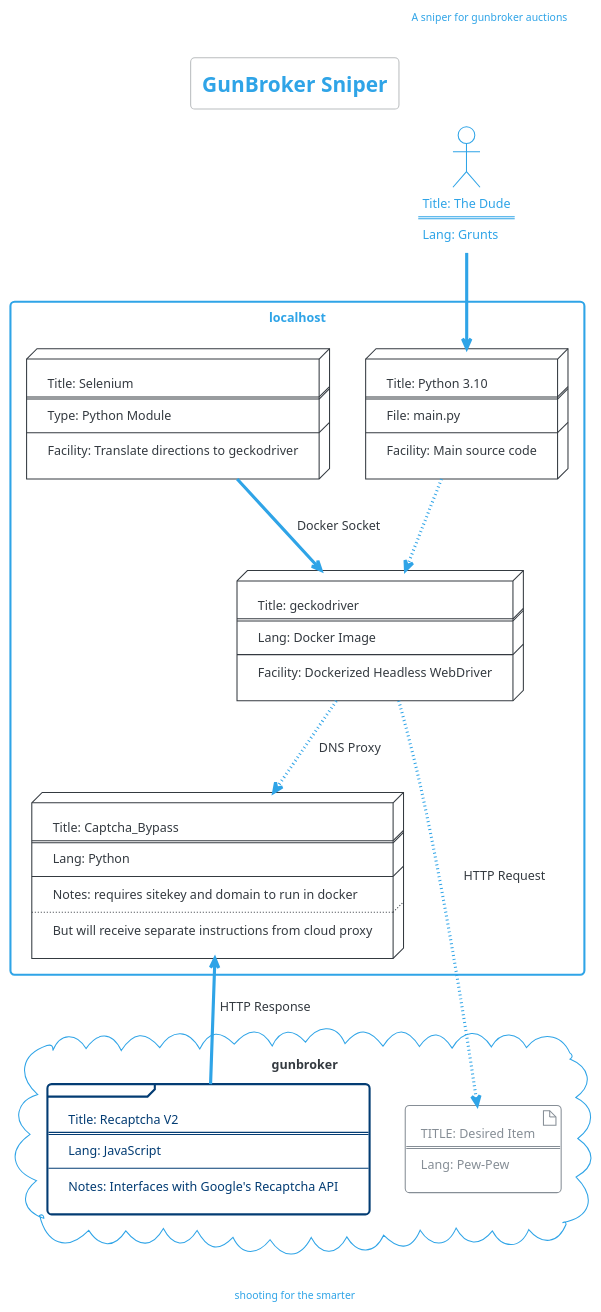
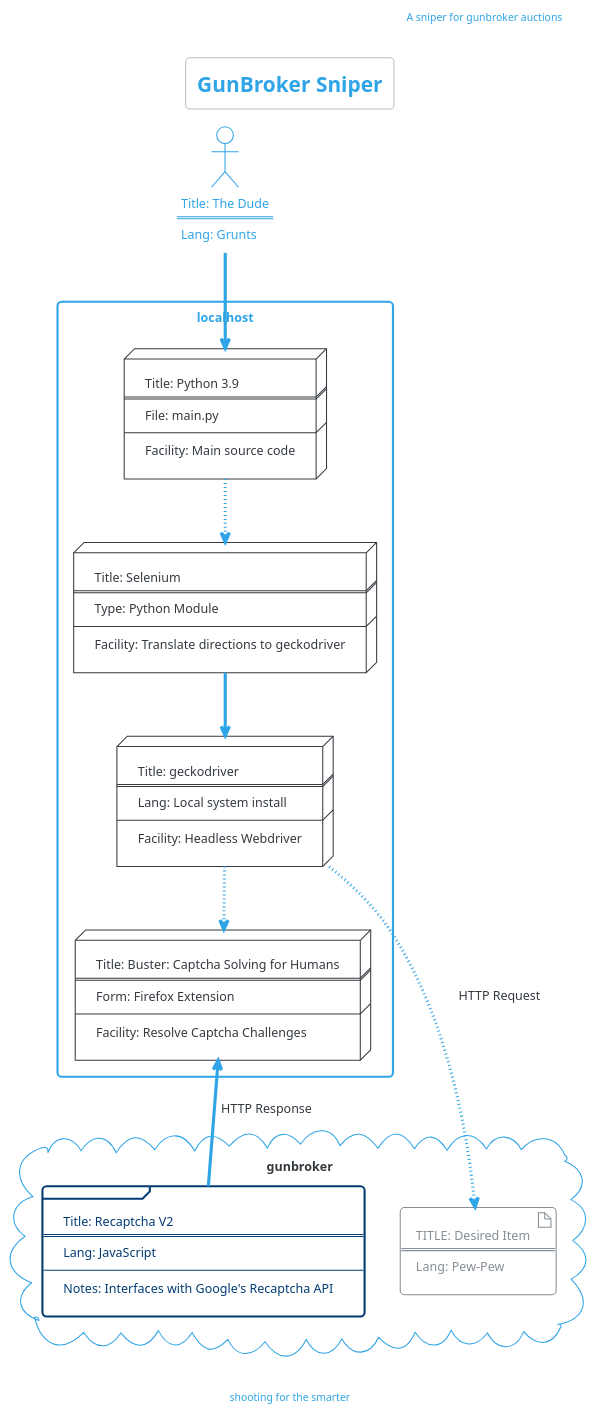
Before and after one commit to anoduck/gunbroker-sniper: the diagram in gunbroker-sniper.puml, drawn with PlantUML. The commit also changed 5 other files, not shown here.

```diff
--- a/gunbroker-sniper.puml
+++ b/gunbroker-sniper.puml
@@ -1,69 +1,67 @@
 @startuml
 'https://plantuml.com/activity-diagram-beta
 !theme cerulean-outline
 title GunBroker Sniper
 header A sniper for gunbroker auctions
 footer shooting for the smarter
 
 actor dude [
 	Title: The Dude
 	===
 	Lang: Grunts
 ]
 rectangle localhost{
 	node python [
-		Title: Python 3.10
+		Title: Python 3.9
 		===
 		File: main.py
 		---
 		Facility: Main source code
 	]
 	node geckodriver [
 		Title: geckodriver
 		===
-		Lang: Docker Image
+		Lang: Local system install
 		---
-		Facility: Dockerized Headless WebDriver
+		Facility: Headless Webdriver
 	]
 	node selenium [
 		Title: Selenium
 		===
 		Type: Python Module
 		---
 		Facility: Translate directions to geckodriver
 	]
-	node captcha_bypass [
-		Title: Captcha_Bypass
+	node captcha_buster [
+		Title: Buster: Captcha Solving for Humans
 		===
-		Lang: Python
+		Form: Firefox Extension
 		---
-		Notes: requires sitekey and domain to run in docker
-		....
-		But will receive separate instructions from cloud proxy
+		Facility: Resolve Captcha Challenges
 	]
 }
 cloud gunbroker{
 	frame recaptchav2 [
 	Title: Recaptcha V2
 	===
 	Lang: JavaScript
 	---
 	Notes: Interfaces with Google's Recaptcha API
 	]
 	artifact item [
 	TITLE: Desired Item
 	===
 	Lang: Pew-Pew
 	]
 }
 'dude --> sel_view
 'sel_view ~~> geckodriver : ""Magic""
 dude --> python
-python ~~> geckodriver
-selenium --> geckodriver : ""Docker Socket""
+python ~~> selenium
+selenium --> geckodriver
 geckodriver ~~> item : ""HTTP Request""
-geckodriver ~~> captcha_bypass : "DNS Proxy"
-captcha_bypass <-- recaptchav2 : ""HTTP Response""
+geckodriver ~~> captcha_buster
+captcha_buster <-- recaptchav2 : ""HTTP Response""
 
 
 @enduml
```
